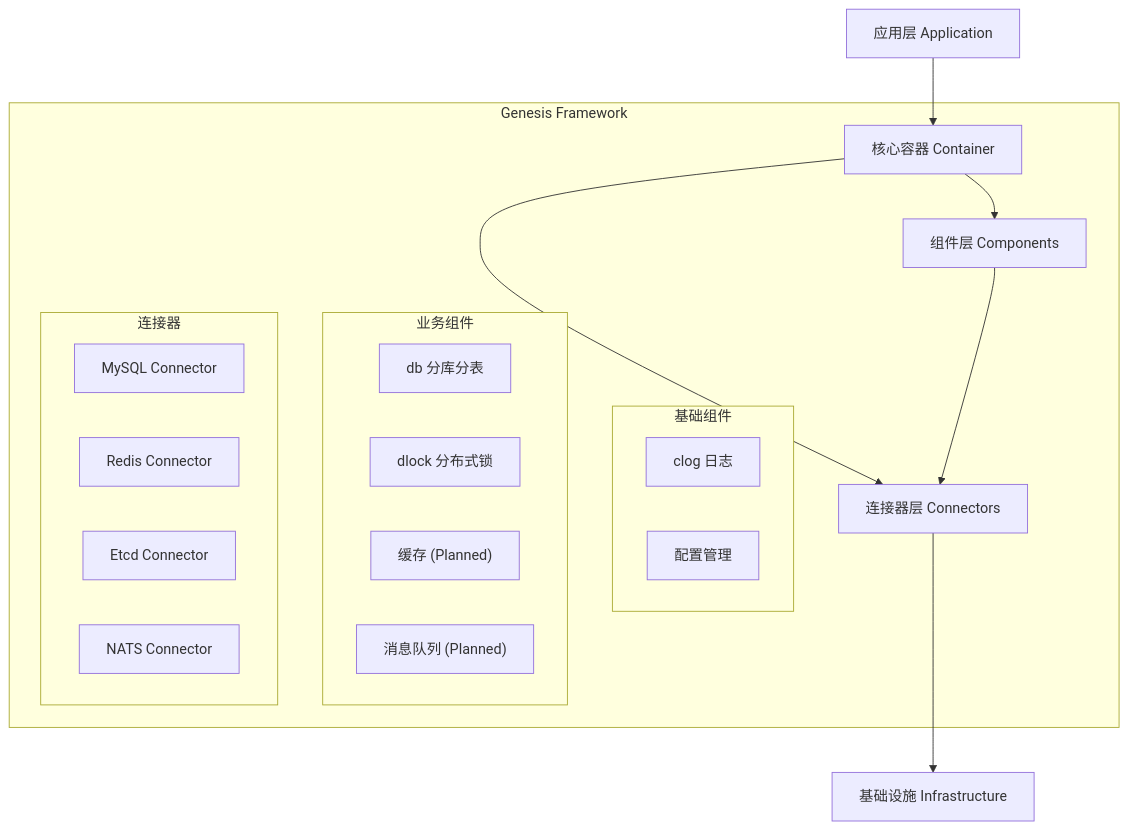
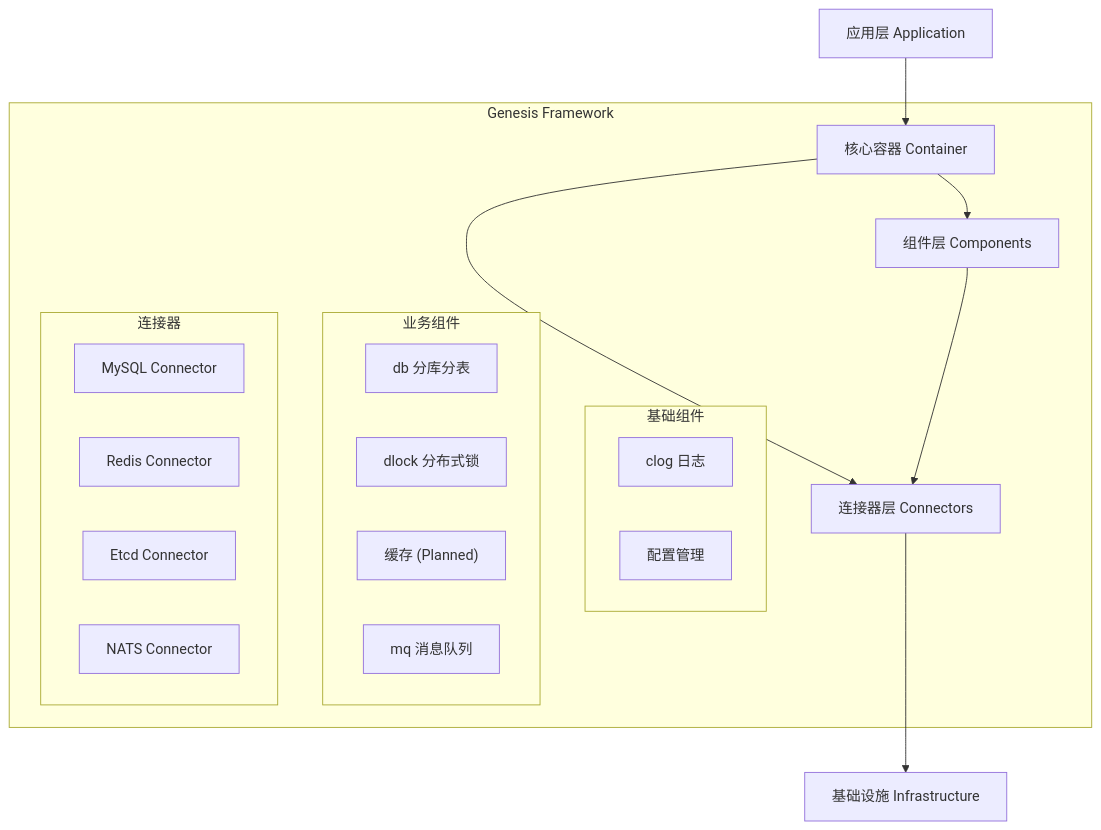
Before and after one commit to ceyewan/genesis: the diagram in docs/genesis-design.md, drawn with Mermaid. The commit also changed other lines of this file and 10 other files, not shown here.

````diff
--- a/docs/genesis-design.md
+++ b/docs/genesis-design.md
@@ -32,32 +32,32 @@
 ```mermaid
 graph TD
     App[应用层 Application] --> Container[核心容器 Container]
     
     subgraph "Genesis Framework"
         Container --> Components[组件层 Components]
         Container --> Connectors[连接器层 Connectors]
         
         Components --> Connectors
         
         subgraph "基础组件"
             Log[clog 日志]
             Config[配置管理]
         end
         
         subgraph "业务组件"
             DB[db 分库分表]
             DLock[dlock 分布式锁]
             Cache["缓存 (Planned)"]
-            MQ["消息队列 (Planned)"]
+            MQ[mq 消息队列]
         end
         
         subgraph "连接器"
             MySQL[MySQL Connector]
             Redis[Redis Connector]
             Etcd[Etcd Connector]
             NATS[NATS Connector]
         end
     end
     
     Connectors --> Infra[基础设施 Infrastructure]
 ```
````
